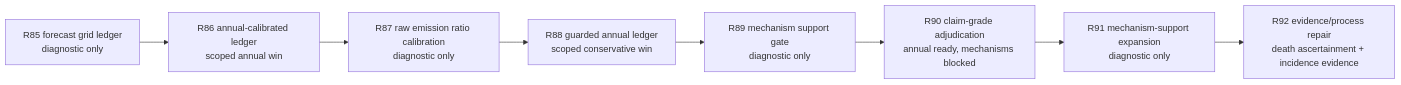
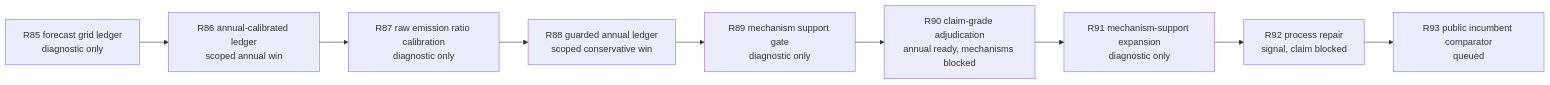
One commit to gauravshajepal-hash/ModelHIV-PH changed the fifth of 5 diagrams in README.md. Above: the diagram before and after it, drawn with Mermaid. The commit also changed other lines of this file and 5 other files, not shown here.

Commit message:
Add R92 process repair experiment queue

````diff
--- a/README.md
+++ b/README.md
@@ -330,10 +346,11 @@
 ```mermaid
 flowchart LR
     R85["R85 forecast grid ledger<br/>diagnostic only"] --> R86["R86 annual-calibrated ledger<br/>scoped annual win"]
     R86 --> R87["R87 raw emission ratio calibration<br/>diagnostic only"]
     R87 --> R88["R88 guarded annual ledger<br/>scoped conservative win"]
     R88 --> R89["R89 mechanism support gate<br/>diagnostic only"]
     R89 --> R90["R90 claim-grade adjudication<br/>annual ready, mechanisms blocked"]
     R90 --> R91["R91 mechanism-support expansion<br/>diagnostic only"]
-    R91 --> R92["R92 evidence/process repair<br/>death ascertainment + incidence evidence"]
+    R91 --> R92["R92 process repair<br/>signal, claim blocked"]
+    R92 --> R93["R93 public incumbent comparator<br/>queued"]
 ```
````
